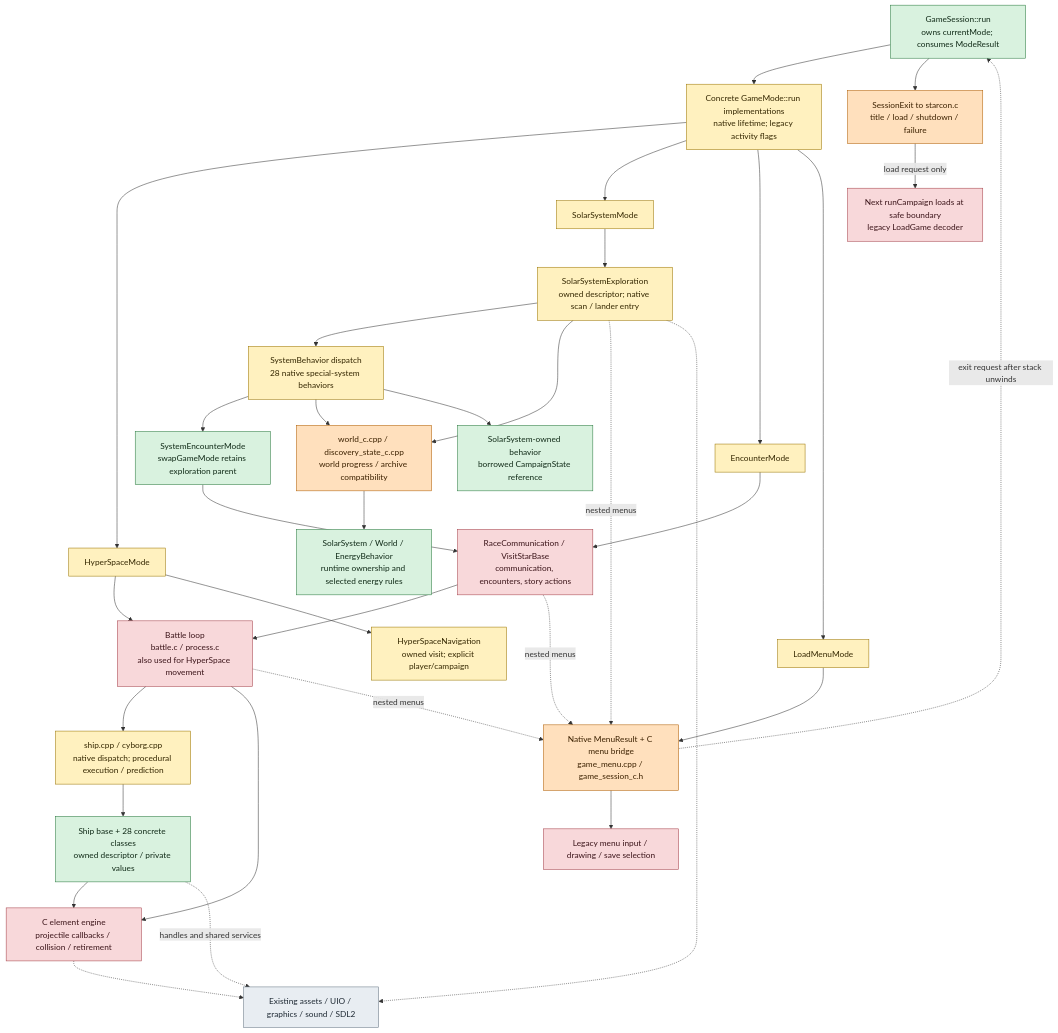
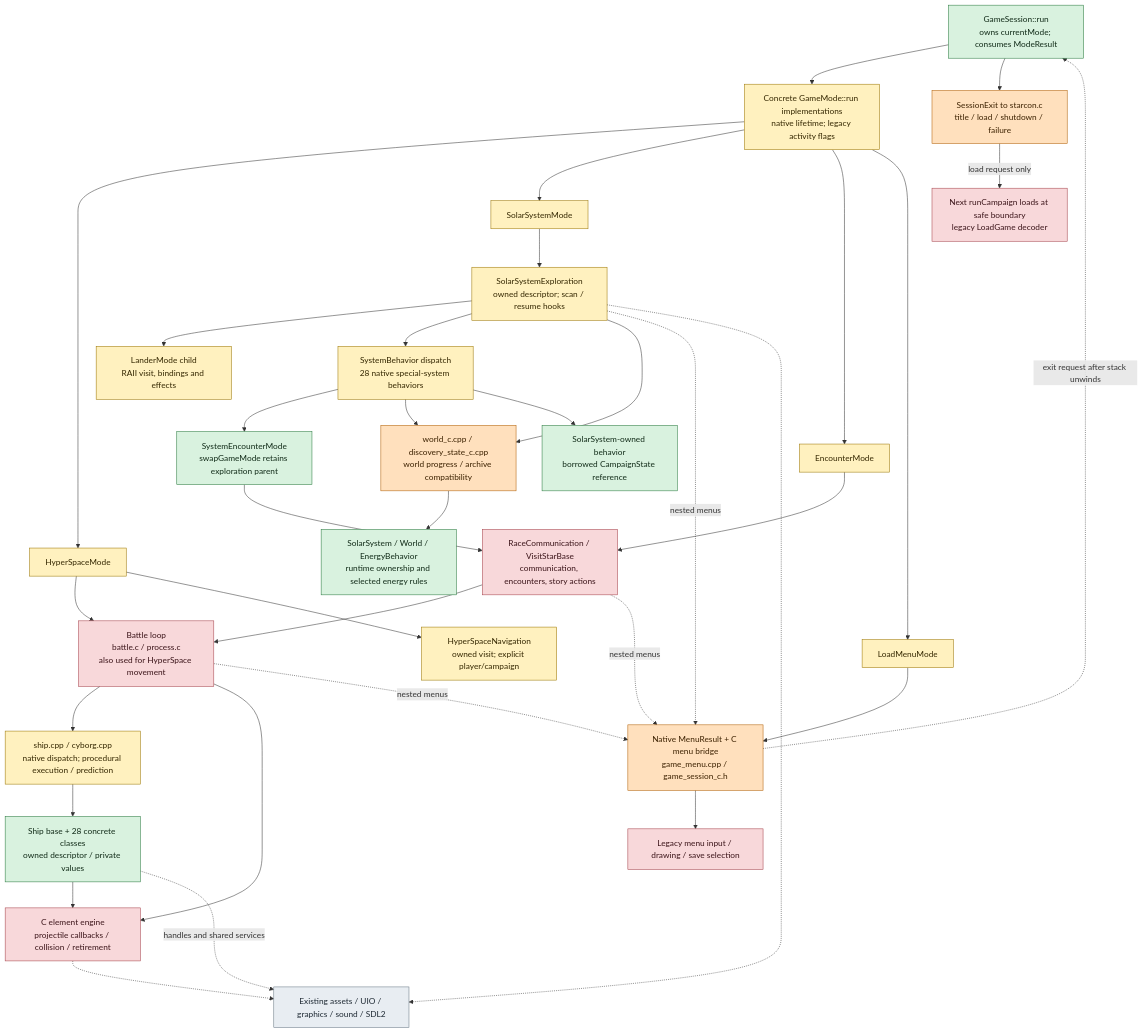
Before and after one commit to yost-jacob/uqm-cpp17: the first of 3 diagrams in docs/design/runtime-map.md, drawn with Mermaid. The commit also changed 2 other files, not shown here.

Commit message:
Document mode-owned service lifecycle and lander ownership

````diff
--- a/docs/design/runtime-map.md
+++ b/docs/design/runtime-map.md
@@ -20,48 +20,49 @@
 ```mermaid
 flowchart TD
     D["GameSession::run<br/>owns currentMode; consumes ModeResult"]:::native
     M["Concrete GameMode::run implementations<br/>native lifetime; legacy activity flags"]:::mixed
     D --> M
     M --> H["HyperSpaceMode"]:::mixed
     M --> S["SolarSystemMode"]:::mixed
     M --> E["EncounterMode"]:::mixed
     M --> O["LoadMenuMode"]:::mixed
 
     H --> B["Battle loop<br/>battle.c / process.c<br/>also used for HyperSpace movement"]:::legacy
     H --> HP["HyperSpaceNavigation<br/>owned visit; explicit player/campaign"]:::mixed
-    S --> EX["SolarSystemExploration<br/>owned descriptor; native scan / lander entry"]:::mixed
+    S --> EX["SolarSystemExploration<br/>owned descriptor; scan / resume hooks"]:::mixed
+    EX --> LM["LanderMode child<br/>RAII visit, bindings and effects"]:::mixed
     E --> EC["RaceCommunication / VisitStarBase<br/>communication, encounters, story actions"]:::legacy
     EC --> B
 
     B --> SE["ship.cpp / cyborg.cpp<br/>native dispatch; procedural execution / prediction"]:::mixed
     SE --> SH["Ship base + 28 concrete classes<br/>owned descriptor / private values"]:::native
     SH --> EL["C element engine<br/>projectile callbacks / collision / retirement"]:::legacy
     B --> EL
 
     EX --> GEN["SystemBehavior dispatch<br/>28 native special-system behaviors"]:::mixed
     EX --> WA["world_c.cpp / discovery_state_c.cpp<br/>world progress / archive compatibility"]:::adapter
     GEN --> CHILD["SystemEncounterMode<br/>swapGameMode retains exploration parent"]:::native
     CHILD --> EC
     GEN --> WA
     GEN --> SB["SolarSystem-owned behavior<br/>borrowed CampaignState reference"]:::native
     WA --> WO["SolarSystem / World / EnergyBehavior<br/>runtime ownership and selected energy rules"]:::native
 
     O --> MN["Native MenuResult + C menu bridge<br/>game_menu.cpp / game_session_c.h"]:::adapter
     B -. nested menus .-> MN
     EX -. nested menus .-> MN
     EC -. nested menus .-> MN
     MN --> UI["Legacy menu input / drawing / save selection"]:::legacy
     MN -. exit request after stack unwinds .-> D
     D --> EXIT["SessionExit to starcon.c<br/>title / load / shutdown / failure"]:::adapter
     EXIT -->|load request only| LOAD["Next runCampaign loads at safe boundary<br/>legacy LoadGame decoder"]:::legacy
 
     SH -. handles and shared services .-> RES["Existing assets / UIO / graphics / sound / SDL2"]:::foundation
     EL -.-> RES
     EX -.-> RES
 
     classDef native fill:#d9f2df,stroke:#27783d,color:#102a17;
     classDef mixed fill:#fff1bf,stroke:#9a7400,color:#342700;
     classDef adapter fill:#ffe0bd,stroke:#af5c00,color:#3c2100;
     classDef legacy fill:#f8d8da,stroke:#a43f48,color:#3b1419;
     classDef foundation fill:#e8edf2,stroke:#667582,color:#1e2933;
 ```
````
